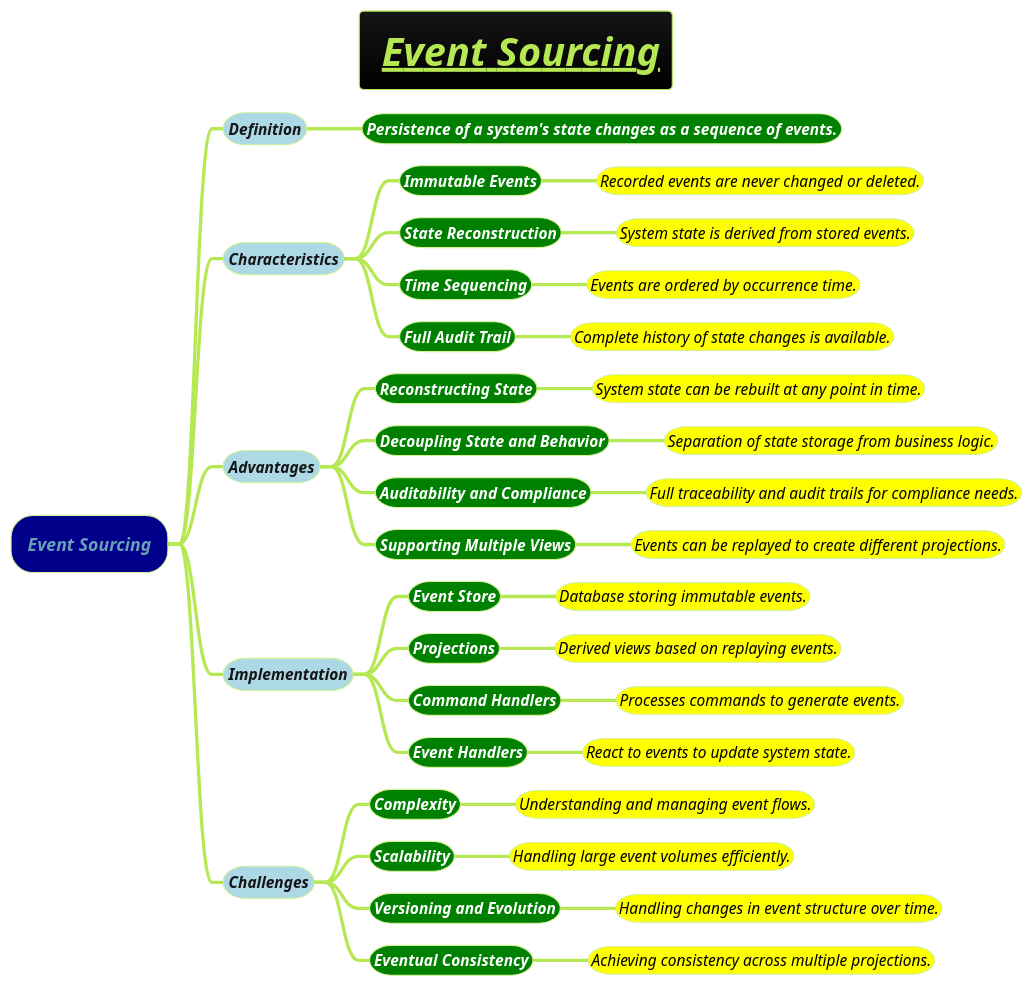
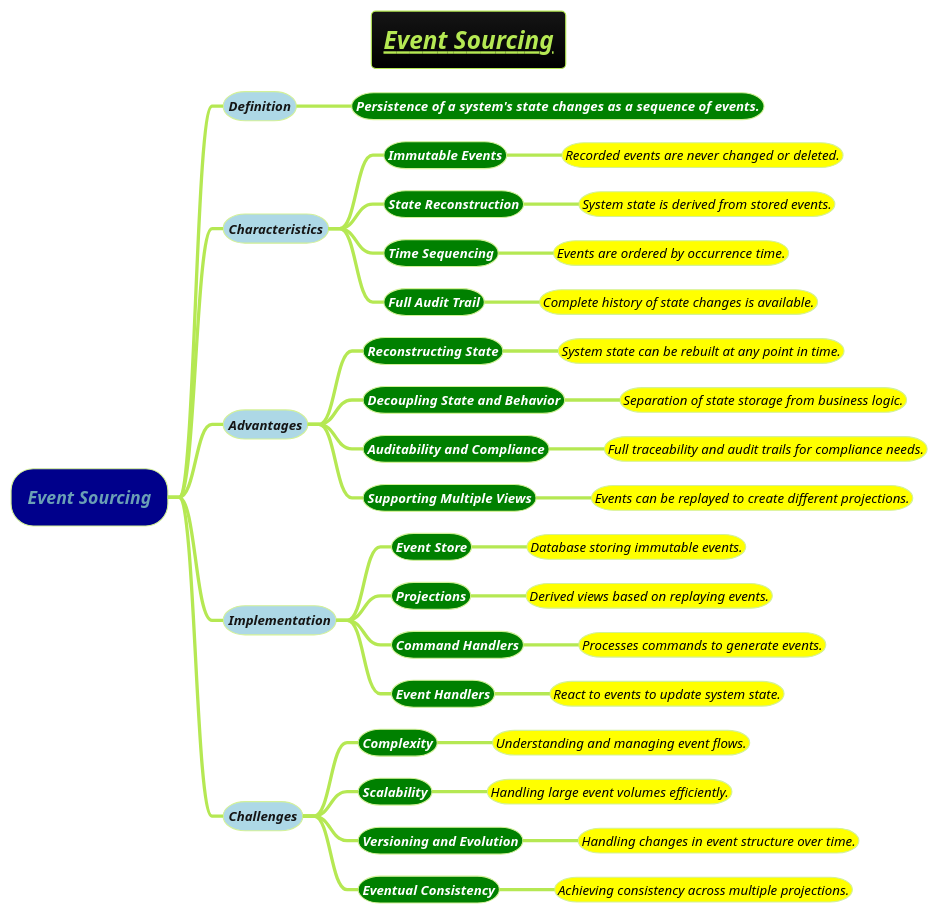
The diagram in docs/AI-ML-DL-Data-Science-and-BigData/data-science/designing-data-intensive-applications/Event-Sourcing.puml (MehmoodHashmi/Documentation-as-Code-DaC), drawn with PlantUML before and after one commit. The commit also changed 1 other file, not shown here.

```diff
--- a/docs/AI-ML-DL-Data-Science-and-BigData/data-science/designing-data-intensive-applications/Event-Sourcing.puml
+++ b/docs/AI-ML-DL-Data-Science-and-BigData/data-science/designing-data-intensive-applications/Event-Sourcing.puml
@@ -1,45 +1,45 @@
 @startmindmap
-title =<b><u><i> Event Sourcing
+title =<b><u><i><size:18>Event Sourcing
 !theme hacker
 
 
 *[#darkblue] <i>Event Sourcing
-**[#lightblue] <i><color #blac><size:14>Definition
-***[#green] <b><i><color #white><size:14>Persistence of a system's state changes as a sequence of events.
-**[#lightblue] <i><color #blac><size:14>Characteristics
-***[#green] <b><i><color #white><size:14>Immutable Events
-****[#yellow] <i><color #black><size:14>Recorded events are never changed or deleted.
-***[#green] <b><i><color #white><size:14>State Reconstruction
-****[#yellow] <i><color #black><size:14>System state is derived from stored events.
-***[#green] <b><i><color #white><size:14>Time Sequencing
-****[#yellow] <i><color #black><size:14>Events are ordered by occurrence time.
-***[#green] <b><i><color #white><size:14>Full Audit Trail
-****[#yellow] <i><color #black><size:14>Complete history of state changes is available.
-**[#lightblue] <i><color #blac><size:14>Advantages
-***[#green] <b><i><color #white><size:14>Reconstructing State
-****[#yellow] <i><color #black><size:14>System state can be rebuilt at any point in time.
-***[#green] <b><i><color #white><size:14>Decoupling State and Behavior
-****[#yellow] <i><color #black><size:14>Separation of state storage from business logic.
-***[#green] <b><i><color #white><size:14>Auditability and Compliance
-****[#yellow] <i><color #black><size:14>Full traceability and audit trails for compliance needs.
-***[#green] <b><i><color #white><size:14>Supporting Multiple Views
-****[#yellow] <i><color #black><size:14>Events can be replayed to create different projections.
-**[#lightblue] <i><color #blac><size:14>Implementation
-***[#green] <b><i><color #white><size:14>Event Store
-****[#yellow] <i><color #black><size:14>Database storing immutable events.
-***[#green] <b><i><color #white><size:14>Projections
-****[#yellow] <i><color #black><size:14>Derived views based on replaying events.
-***[#green] <b><i><color #white><size:14>Command Handlers
-****[#yellow] <i><color #black><size:14>Processes commands to generate events.
-***[#green] <b><i><color #white><size:14>Event Handlers
-****[#yellow] <i><color #black><size:14>React to events to update system state.
-**[#lightblue] <i><color #blac><size:14>Challenges
-***[#green] <b><i><color #white><size:14>Complexity
-****[#yellow] <i><color #black><size:14>Understanding and managing event flows.
-***[#green] <b><i><color #white><size:14>Scalability
-****[#yellow] <i><color #black><size:14>Handling large event volumes efficiently.
-***[#green] <b><i><color #white><size:14>Versioning and Evolution
-****[#yellow] <i><color #black><size:14>Handling changes in event structure over time.
-***[#green] <b><i><color #white><size:14>Eventual Consistency
-****[#yellow] <i><color #black><size:14>Achieving consistency across multiple projections.
+**[#lightblue] <i><color #blac><size:12>Definition
+***[#green] <b><i><color #white><size:12>Persistence of a system's state changes as a sequence of events.
+**[#lightblue] <i><color #blac><size:12>Characteristics
+***[#green] <b><i><color #white><size:12>Immutable Events
+****[#yellow] <i><color #black><size:12>Recorded events are never changed or deleted.
+***[#green] <b><i><color #white><size:12>State Reconstruction
+****[#yellow] <i><color #black><size:12>System state is derived from stored events.
+***[#green] <b><i><color #white><size:12>Time Sequencing
+****[#yellow] <i><color #black><size:12>Events are ordered by occurrence time.
+***[#green] <b><i><color #white><size:12>Full Audit Trail
+****[#yellow] <i><color #black><size:12>Complete history of state changes is available.
+**[#lightblue] <i><color #blac><size:12>Advantages
+***[#green] <b><i><color #white><size:12>Reconstructing State
+****[#yellow] <i><color #black><size:12>System state can be rebuilt at any point in time.
+***[#green] <b><i><color #white><size:12>Decoupling State and Behavior
+****[#yellow] <i><color #black><size:12>Separation of state storage from business logic.
+***[#green] <b><i><color #white><size:12>Auditability and Compliance
+****[#yellow] <i><color #black><size:12>Full traceability and audit trails for compliance needs.
+***[#green] <b><i><color #white><size:12>Supporting Multiple Views
+****[#yellow] <i><color #black><size:12>Events can be replayed to create different projections.
+**[#lightblue] <i><color #blac><size:12>Implementation
+***[#green] <b><i><color #white><size:12>Event Store
+****[#yellow] <i><color #black><size:12>Database storing immutable events.
+***[#green] <b><i><color #white><size:12>Projections
+****[#yellow] <i><color #black><size:12>Derived views based on replaying events.
+***[#green] <b><i><color #white><size:12>Command Handlers
+****[#yellow] <i><color #black><size:12>Processes commands to generate events.
+***[#green] <b><i><color #white><size:12>Event Handlers
+****[#yellow] <i><color #black><size:12>React to events to update system state.
+**[#lightblue] <i><color #blac><size:12>Challenges
+***[#green] <b><i><color #white><size:12>Complexity
+****[#yellow] <i><color #black><size:12>Understanding and managing event flows.
+***[#green] <b><i><color #white><size:12>Scalability
+****[#yellow] <i><color #black><size:12>Handling large event volumes efficiently.
+***[#green] <b><i><color #white><size:12>Versioning and Evolution
+****[#yellow] <i><color #black><size:12>Handling changes in event structure over time.
+***[#green] <b><i><color #white><size:12>Eventual Consistency
+****[#yellow] <i><color #black><size:12>Achieving consistency across multiple projections.
 @endmindmap
```
